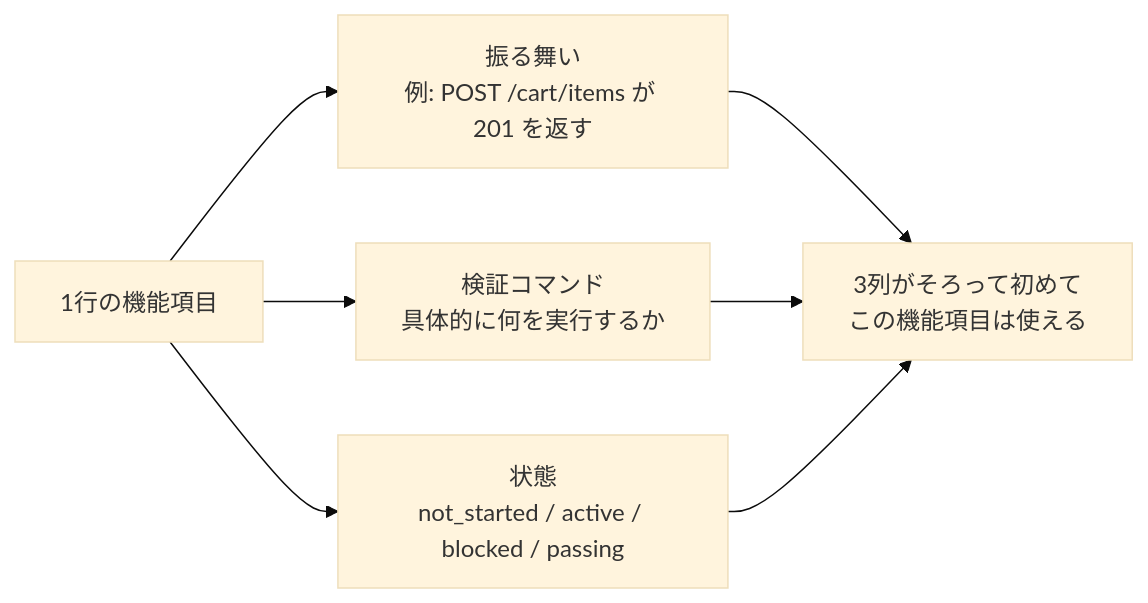
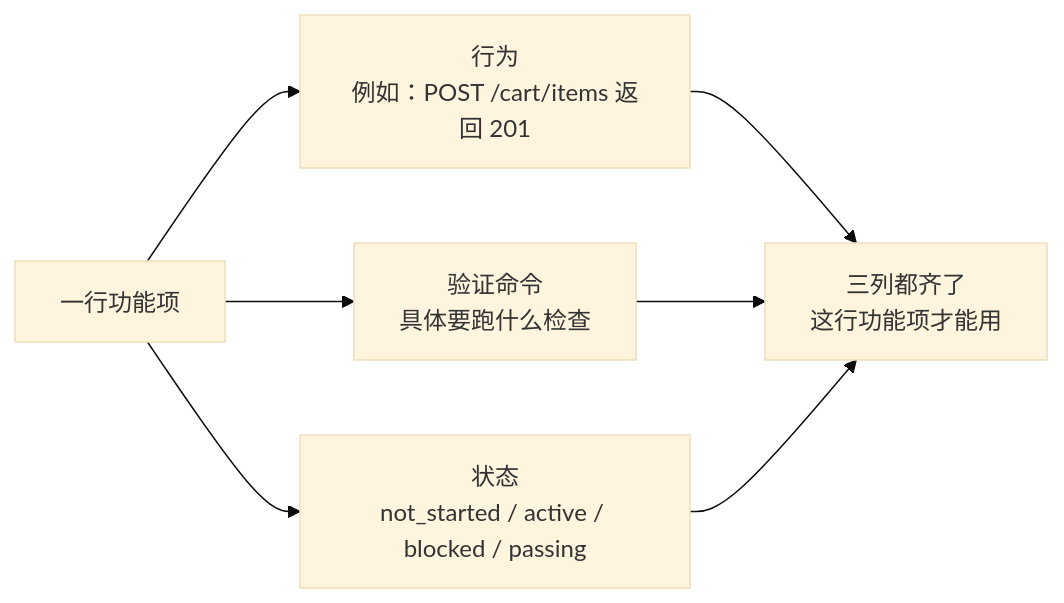
One commit to mkusaka/learn-harness-engineering changed the first of 2 diagrams in docs/zh/lectures/lecture-08-why-feature-lists-are-harness-primitives/index.md. Above: the diagram before and after it, drawn with Mermaid (base theme). The commit also changed other lines of this file and 684 other files, not shown here.

````diff
--- a/docs/zh/lectures/lecture-08-why-feature-lists-are-harness-primitives/index.md
+++ b/docs/zh/lectures/lecture-08-why-feature-lists-are-harness-primitives/index.md
@@ -32,10 +32,10 @@
 ```mermaid
 flowchart LR
-    Feature["1行の機能項目"] --> Behavior["振る舞い<br/>例: POST /cart/items が 201 を返す"]
-    Feature --> Check["検証コマンド<br/>具体的に何を実行するか"]
-    Feature --> State["状態<br/>not_started / active / blocked / passing"]
+    Feature["一行功能项"] --> Behavior["行为<br/>例如：POST /cart/items 返回 201"]
+    Feature --> Check["验证命令<br/>具体要跑什么检查"]
+    Feature --> State["状态<br/>not_started / active / blocked / passing"]
 
-    Behavior --> Complete["3列がそろって初めて<br/>この機能項目は使える"]
+    Behavior --> Complete["三列都齐了<br/>这行功能项才能用"]
     Check --> Complete
     State --> Complete
 ```
````
